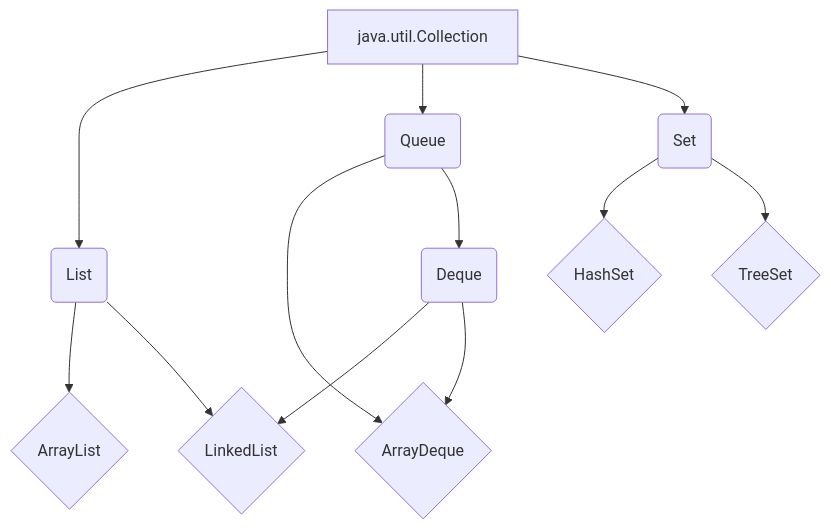
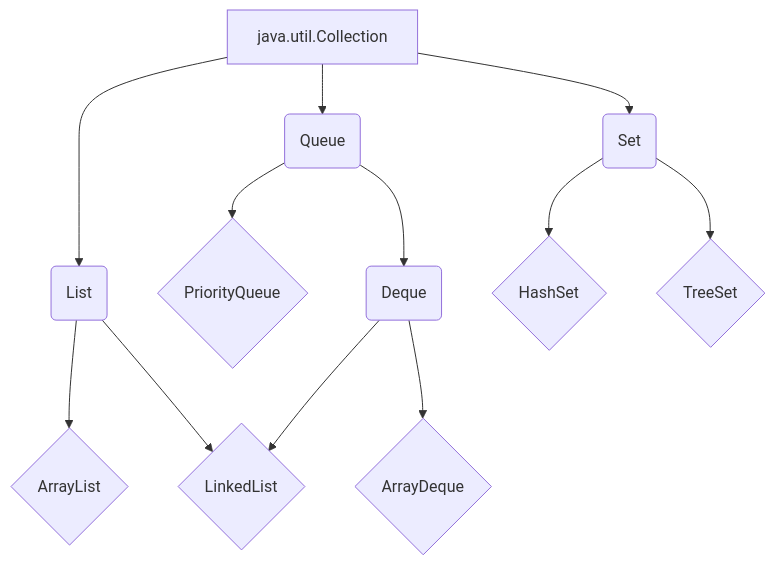
Before and after one commit to abhishekarya1/Hash-Define-myNotes: the first of 2 diagrams in content/java/coll.md, drawn with Mermaid.

Commit message:
added points to Java Collections

```diff
--- a/content/java/coll.md
+++ b/content/java/coll.md
@@ -9,15 +9,15 @@
 {{<mermaid>}}
 graph TB;
     A[java.util.Collection]
     A --> B(List)
     A --> C(Queue)
-    C --> J{PriorityQueue}
+    C --> K{PriorityQueue}
     C --> G(Deque)
     B --> E{ArrayList}
     B --> F{LinkedList}
     G --> F
     G --> J{ArrayDeque}
     A --> D(Set)
     D --> H{HashSet}
     D --> I{TreeSet}
 {{< /mermaid >}}
```
